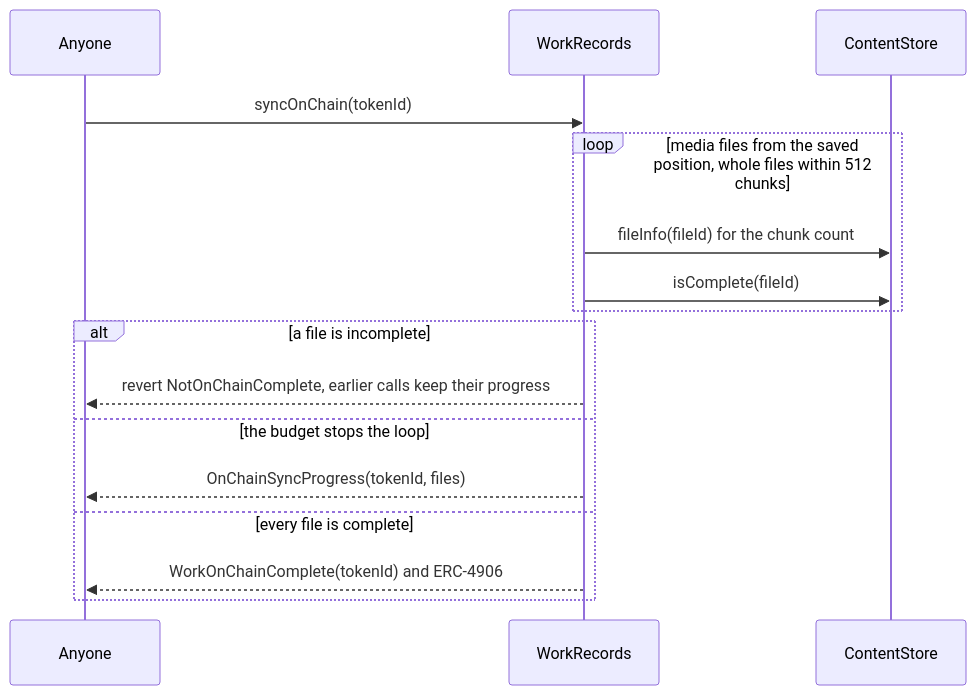
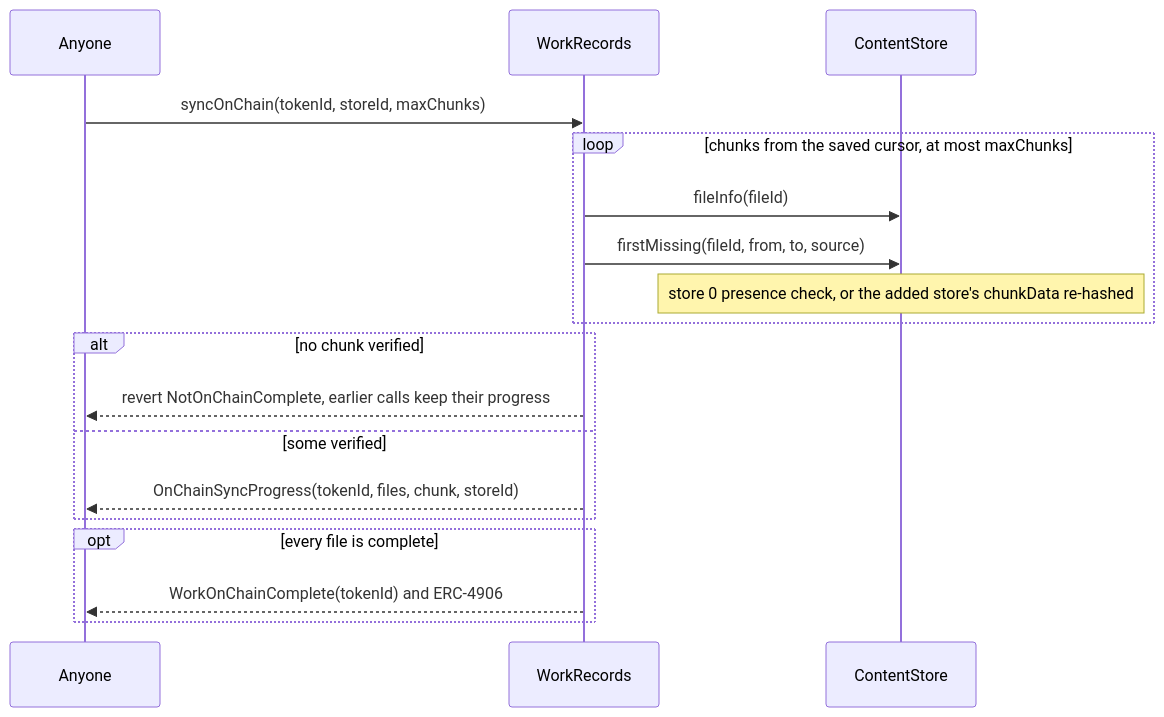
Before and after one commit to 6529-Collections/6529-works: the tenth of 10 diagrams in docs/spec/works-and-storage.md, drawn with Mermaid. The commit also changed other lines of this file and 369 other files, not shown here.

````diff
--- a/docs/spec/works-and-storage.md
+++ b/docs/spec/works-and-storage.md
@@ -413,18 +468,20 @@
 ```mermaid
 sequenceDiagram
     participant A as Anyone
     participant WR as WorkRecords
     participant CS as ContentStore
-    A->>WR: syncOnChain(tokenId)
-    loop media files from the saved position, whole files within 512 chunks
-        WR->>CS: fileInfo(fileId) for the chunk count
-        WR->>CS: isComplete(fileId)
+    A->>WR: syncOnChain(tokenId, storeId, maxChunks)
+    loop chunks from the saved cursor, at most maxChunks
+        WR->>CS: fileInfo(fileId)
+        WR->>CS: firstMissing(fileId, from, to, source)
+        Note over CS: store 0 presence check, or the added store's chunkData re-hashed
     end
-    alt a file is incomplete
+    alt no chunk verified
         WR-->>A: revert NotOnChainComplete, earlier calls keep their progress
-    else the budget stops the loop
-        WR-->>A: OnChainSyncProgress(tokenId, files)
-    else every file is complete
+    else some verified
+        WR-->>A: OnChainSyncProgress(tokenId, files, chunk, storeId)
+    end
+    opt every file is complete
         WR-->>A: WorkOnChainComplete(tokenId) and ERC-4906
     end
 ```
````
